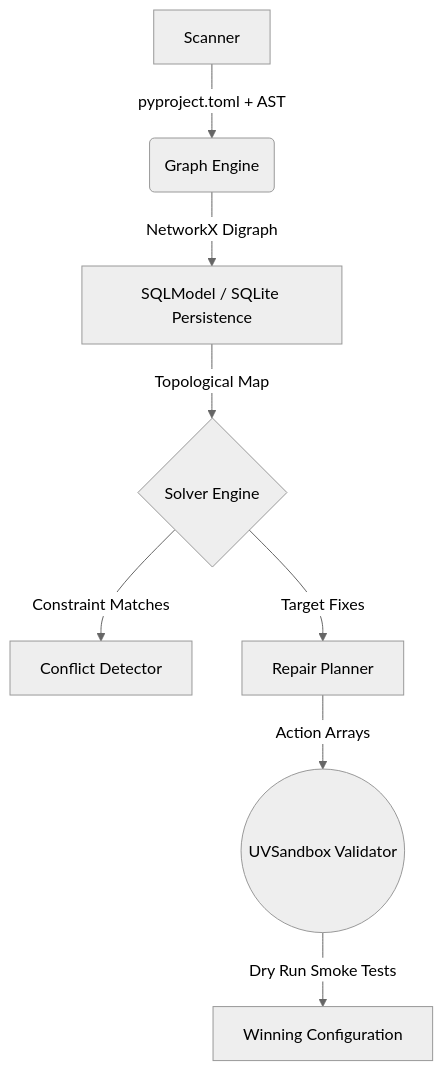
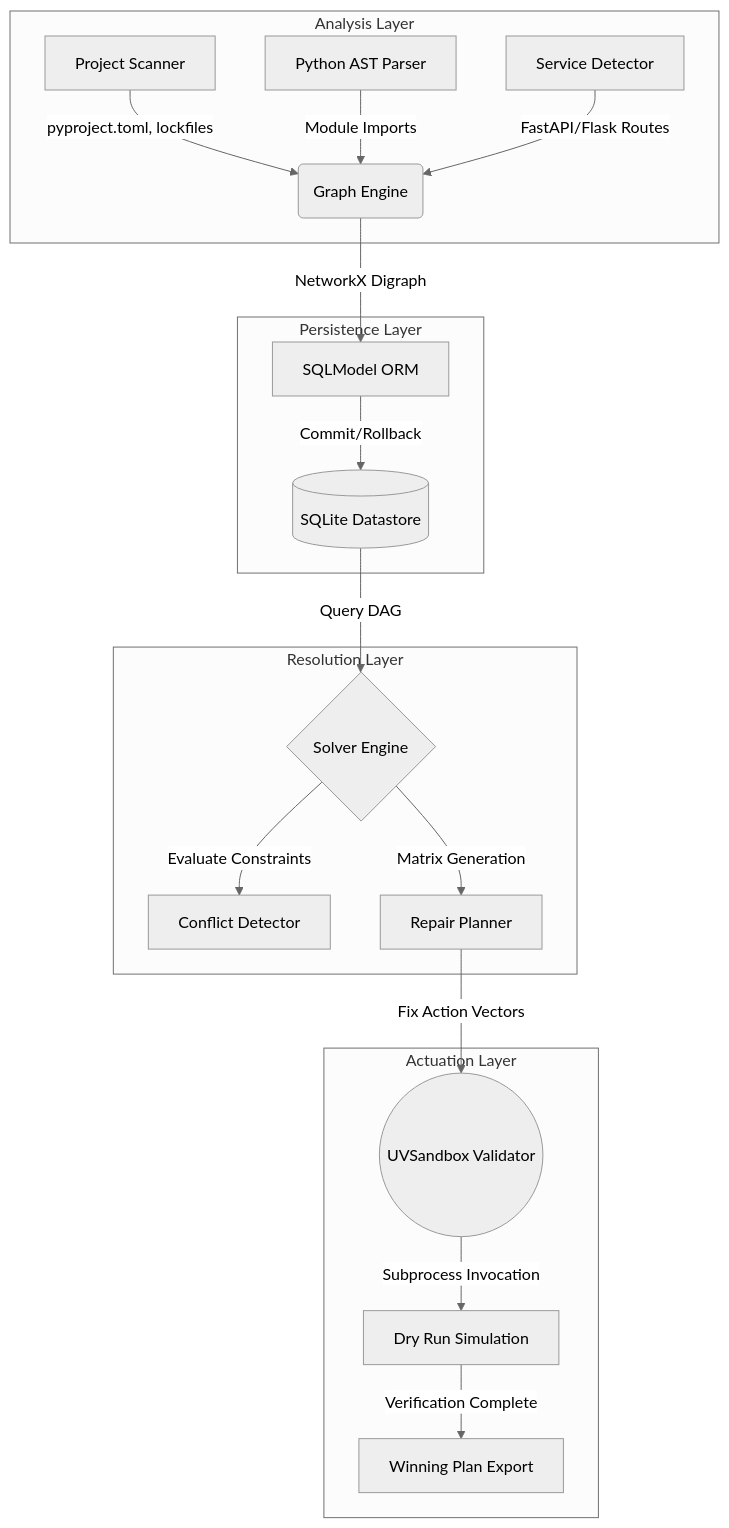
Before and after one commit to desenyon/converge: the diagram in README.md, drawn with Mermaid (neutral theme). The commit also changed other lines of this file and 16 other files, not shown here.

````diff
--- a/README.md
+++ b/README.md
@@ -52,10 +84,25 @@
 ```mermaid
 graph TD
-    A[Scanner] -->|pyproject.toml + AST| B(Graph Engine)
-    B -->|NetworkX Digraph| C[SQLModel / SQLite Persistence]
-    C -->|Topological Map| D{Solver Engine}
-    D -->|Constraint Matches| E[Conflict Detector]
-    D -->|Target Fixes| F[Repair Planner]
-    F -->|Action Arrays| G((UVSandbox Validator))
-    G -->|Dry Run Smoke Tests| H[Winning Configuration]
+    subgraph Analysis Layer
+    A[Project Scanner] -->|pyproject.toml, lockfiles| B(Graph Engine)
+    A2[Python AST Parser] -->|Module Imports| B
+    A3[Service Detector] -->|FastAPI/Flask Routes| B
+    end
+    
+    subgraph Persistence Layer
+    B -->|NetworkX Digraph| C[SQLModel ORM]
+    C -->|Commit/Rollback| D[(SQLite Datastore)]
+    end
+    
+    subgraph Resolution Layer
+    D -->|Query DAG| E{Solver Engine}
+    E -->|Evaluate Constraints| F[Conflict Detector]
+    E -->|Matrix Generation| G[Repair Planner]
+    end
+    
+    subgraph Actuation Layer
+    G -->|Fix Action Vectors| H((UVSandbox Validator))
+    H -->|Subprocess Invocation| I[Dry Run Simulation]
+    I -->|Verification Complete| J[Winning Plan Export]
+    end
 ```
````
